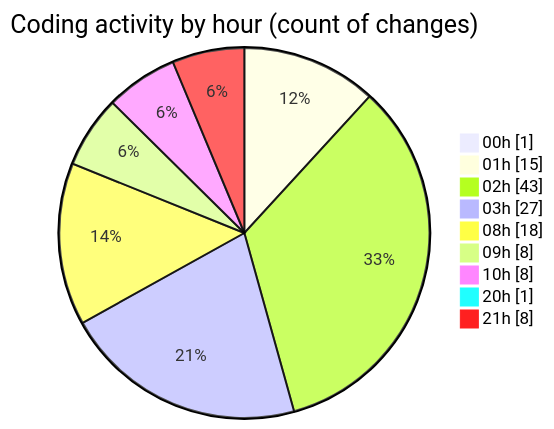
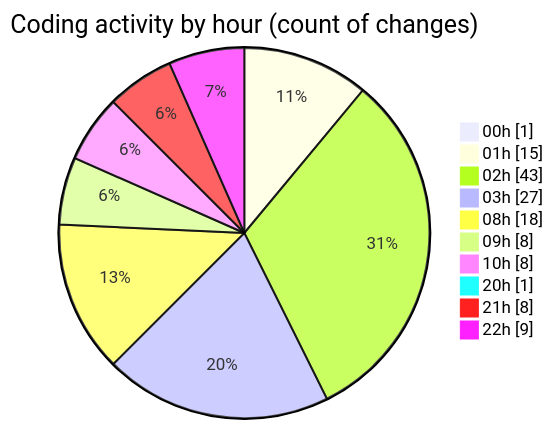
One commit to Elitesun/code-tracking changed the second of 2 diagrams in 2025-05-01/niten/README.md. Above: the diagram before and after it, drawn with Mermaid. The commit also changed other lines of this file and 1 other file, not shown here.

````diff
--- a/2025-05-01/niten/README.md
+++ b/2025-05-01/niten/README.md
@@ -66,13 +71,14 @@
 ```mermaid
 pie showData
 title Coding activity by hour (count of changes)
 "00h" : 1
 "01h" : 15
 "02h" : 43
 "03h" : 27
 "08h" : 18
 "09h" : 8
 "10h" : 8
 "20h" : 1
 "21h" : 8
+"22h" : 9
 ```
````
